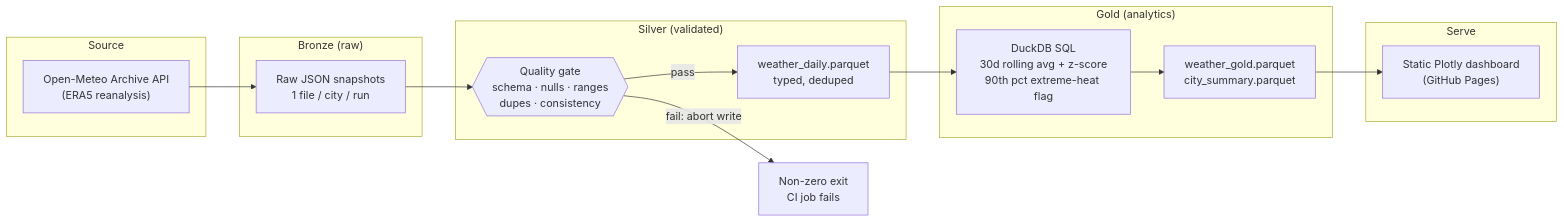
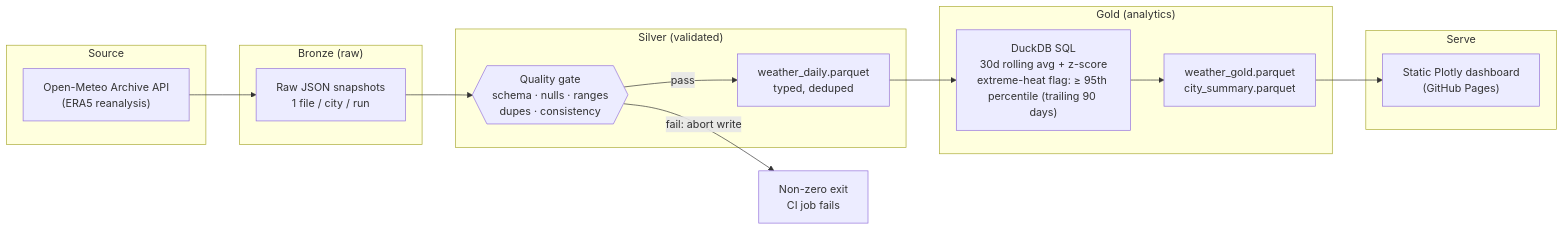
One commit to vabhishek8/azure-medallion-weather-pipeline changed the first of 2 diagrams in README.md. Above: the diagram before and after it, drawn with Mermaid. The commit also changed other lines of this file, not shown here.

Commit message:
README: heat flag is >= P95 of trailing 90 days; null-check wording

````diff
--- a/README.md
+++ b/README.md
@@ -36,29 +36,29 @@
 ```mermaid
 flowchart LR
     subgraph SRC["Source"]
         API["Open-Meteo Archive API<br/>(ERA5 reanalysis)"]
     end
 
     subgraph BRONZE["Bronze (raw)"]
         B["Raw JSON snapshots<br/>1 file / city / run"]
     end
 
     subgraph SILVER["Silver (validated)"]
         QC{{"Quality gate<br/>schema · nulls · ranges<br/>dupes · consistency"}}
         S["weather_daily.parquet<br/>typed, deduped"]
     end
 
     subgraph GOLD["Gold (analytics)"]
-        G["DuckDB SQL<br/>30d rolling avg + z-score<br/>90th pct extreme-heat flag"]
+        G["DuckDB SQL<br/>30d rolling avg + z-score<br/>extreme-heat flag: ≥ 95th percentile (trailing 90 days)"]
         D["weather_gold.parquet<br/>city_summary.parquet"]
     end
 
     subgraph SERVE["Serve"]
         DASH["Static Plotly dashboard<br/>(GitHub Pages)"]
     end
 
     API --> B --> QC
     QC -- "pass" --> S
     QC -- "fail: abort write" --> FAIL["Non-zero exit<br/>CI job fails"]
     S --> G --> D --> DASH
 ```
````
